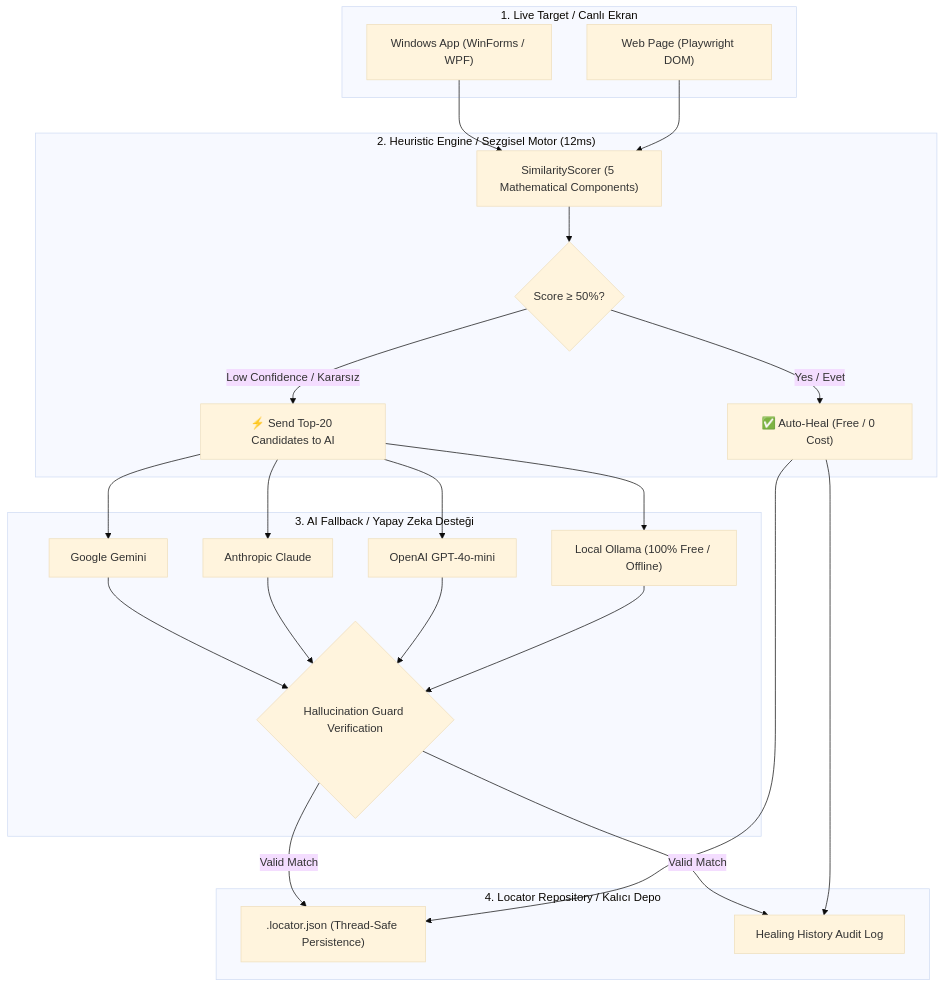
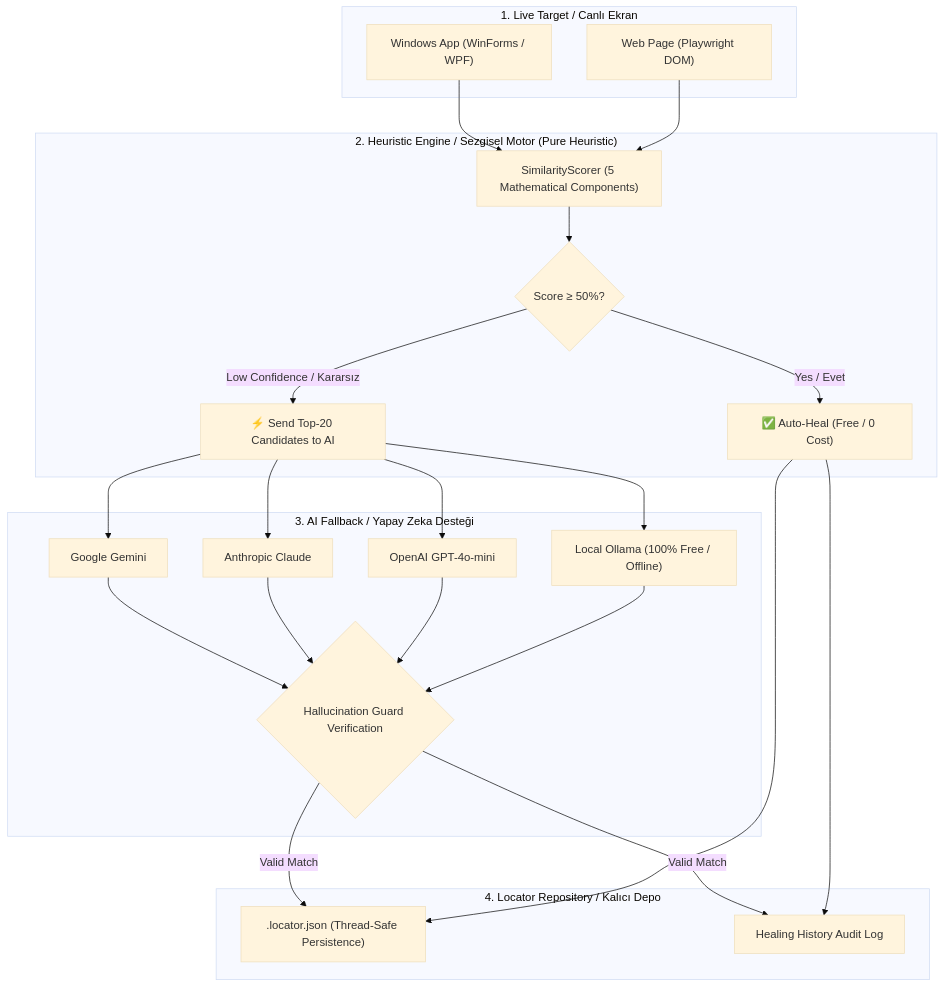
The diagram in docs/index.md (mustafasercansak/automation-sandbox), drawn with Mermaid (base theme) before and after one commit. The commit also changed other lines of this file and 4 other files, not shown here.

````diff
--- a/docs/index.md
+++ b/docs/index.md
@@ -71,36 +71,36 @@
 ```mermaid
 flowchart TB
     subgraph INPUT ["1. Live Target / Canlı Ekran"]
         A1["Windows App (WinForms / WPF)"]
         A2["Web Page (Playwright DOM)"]
     end
 
-    subgraph ENGINE ["2. Heuristic Engine / Sezgisel Motor (12ms)"]
+    subgraph ENGINE ["2. Heuristic Engine / Sezgisel Motor (Pure Heuristic)"]
         B1["SimilarityScorer (5 Mathematical Components)"]
         B2{"Score ≥ 50%?"}
         B3["✅ Auto-Heal (Free / 0 Cost)"]
         B4["⚡ Send Top-20 Candidates to AI"]
     end
 
     subgraph AI ["3. AI Fallback / Yapay Zeka Desteği"]
         C1["Google Gemini"]
         C2["Anthropic Claude"]
         C3["OpenAI GPT-4o-mini"]
         C4["Local Ollama (100% Free / Offline)"]
         C5{"Hallucination Guard Verification"}
     end
 
     subgraph REPO ["4. Locator Repository / Kalıcı Depo"]
         D1[".locator.json (Thread-Safe Persistence)"]
         D2["Healing History Audit Log"]
     end
 
     A1 & A2 --> B1
     B1 --> B2
     B2 -- Yes / Evet --> B3
     B2 -- Low Confidence / Kararsız --> B4
     B4 --> C1 & C2 & C3 & C4
     C1 & C2 & C3 & C4 --> C5
     C5 -- Valid Match --> D1 & D2
     B3 --> D1 & D2
 ```
````
